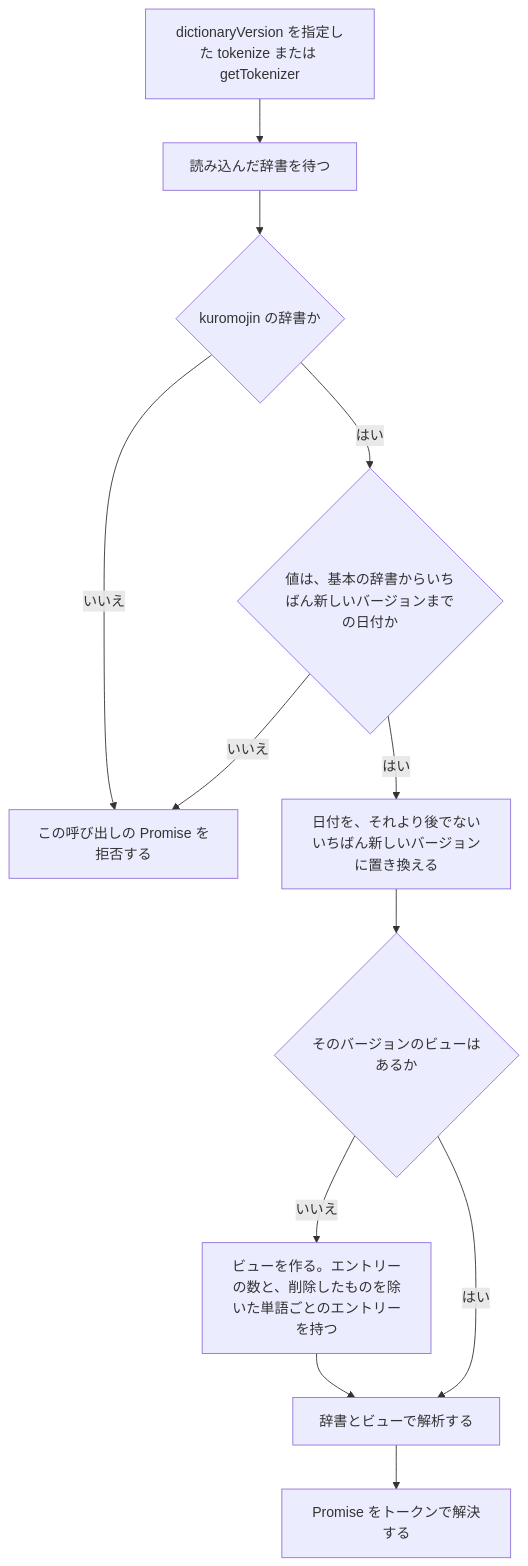
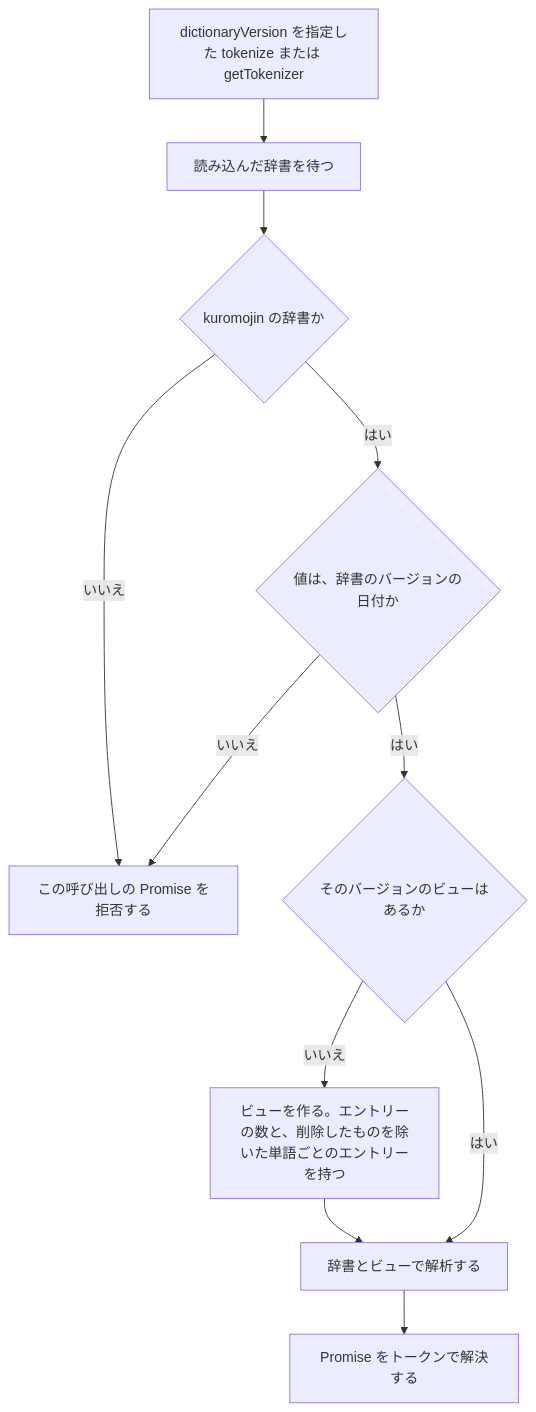
The first of 2 diagrams in docs/products/kuromojin/features/dictionary-versions/design.ja.md (azu/kuromojin), drawn with Mermaid before and after one commit. The commit also changed other lines of this file and 67 other files, not shown here.

````diff
--- a/docs/products/kuromojin/features/dictionary-versions/design.ja.md
+++ b/docs/products/kuromojin/features/dictionary-versions/design.ja.md
@@ -117,14 +117,13 @@
 ```mermaid
 flowchart TD
     call["dictionaryVersion を指定した tokenize または getTokenizer"] --> load["読み込んだ辞書を待つ"]
     load --> kind{"kuromojin の辞書か"}
     kind -- いいえ --> reject["この呼び出しの Promise を拒否する"]
-    kind -- はい --> check{"値は、基本の辞書からいちばん新しいバージョンまでの日付か"}
+    kind -- はい --> check{"値は、辞書のバージョンの日付か"}
     check -- いいえ --> reject
-    check -- はい --> version["日付を、それより後でないいちばん新しいバージョンに置き換える"]
-    version --> view{"そのバージョンのビューはあるか"}
+    check -- はい --> view{"そのバージョンのビューはあるか"}
     view -- いいえ --> build["ビューを作る。エントリーの数と、削除したものを除いた単語ごとのエントリーを持つ"]
     build --> analyze["辞書とビューで解析する"]
     view -- はい --> analyze
     analyze --> tokens["Promise をトークンで解決する"]
 ```
````
